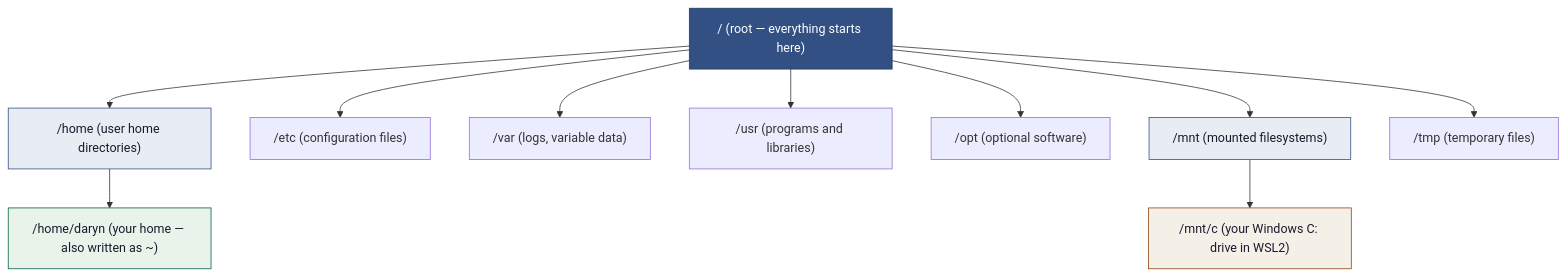
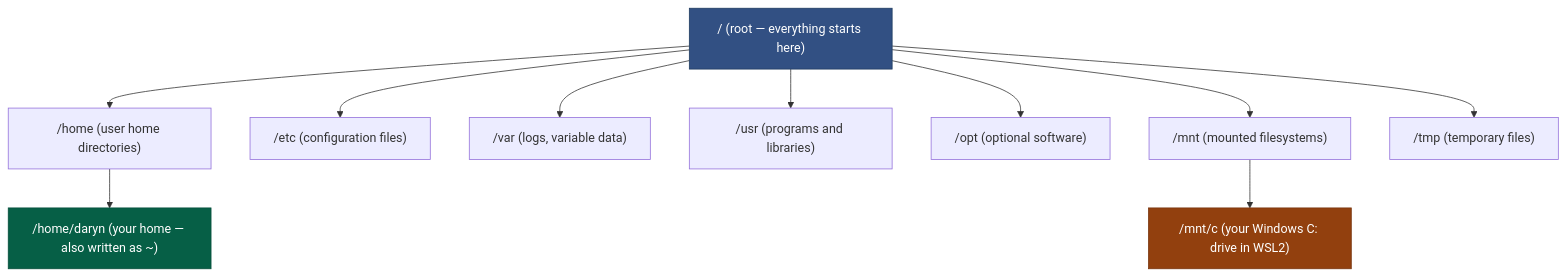
The second of 2 diagrams in docs/what-is-linux.md (Ch3w3y/docker_gcp), drawn with Mermaid before and after one commit. The commit also changed other lines of this file, not shown here.

Commit message:
fix(docs): fix Mermaid text contrast on what-is-linux page
Replace pastel fills (unreliable SVG text colour) with dark brand fills
and white text on explicitly styled nodes. Remove explicit styles from
HOME and MNT nodes so global CSS handles them (white fill, dark text).

````diff
--- a/docs/what-is-linux.md
+++ b/docs/what-is-linux.md
@@ -120,20 +120,18 @@
 ```mermaid
 flowchart TD
     ROOT["/ (root — everything starts here)"]
 
     ROOT --> HOME["/home (user home directories)"]
     ROOT --> ETC["/etc (configuration files)"]
     ROOT --> VAR["/var (logs, variable data)"]
     ROOT --> USR["/usr (programs and libraries)"]
     ROOT --> OPT["/opt (optional software)"]
     ROOT --> MNT["/mnt (mounted filesystems)"]
     ROOT --> TMP["/tmp (temporary files)"]
 
     HOME --> DARYN["/home/daryn (your home — also written as ~)"]
     MNT --> WINDOWS["/mnt/c (your Windows C: drive in WSL2)"]
     style ROOT fill:#325083,stroke:#1e3a5f,color:#ffffff
-    style HOME fill:#e8edf4,stroke:#325083,color:#1a1a2e
-    style DARYN fill:#e8f4ea,stroke:#065f46,color:#1a1a2e
-    style MNT fill:#e8edf4,stroke:#325083,color:#1a1a2e
-    style WINDOWS fill:#f4f0e8,stroke:#92400e,color:#1a1a2e
+    style DARYN fill:#065f46,stroke:#064e3b,color:#ffffff
+    style WINDOWS fill:#92400e,stroke:#78350f,color:#ffffff
 ```
````
